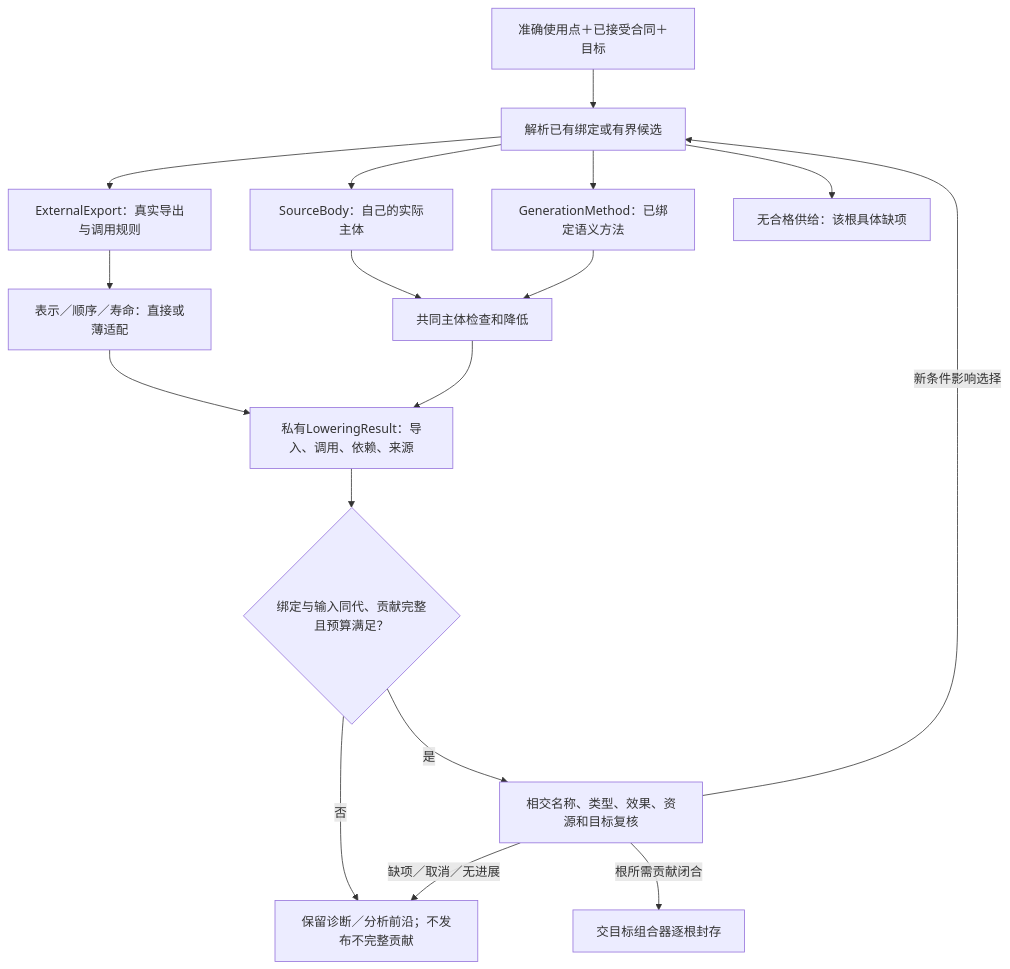
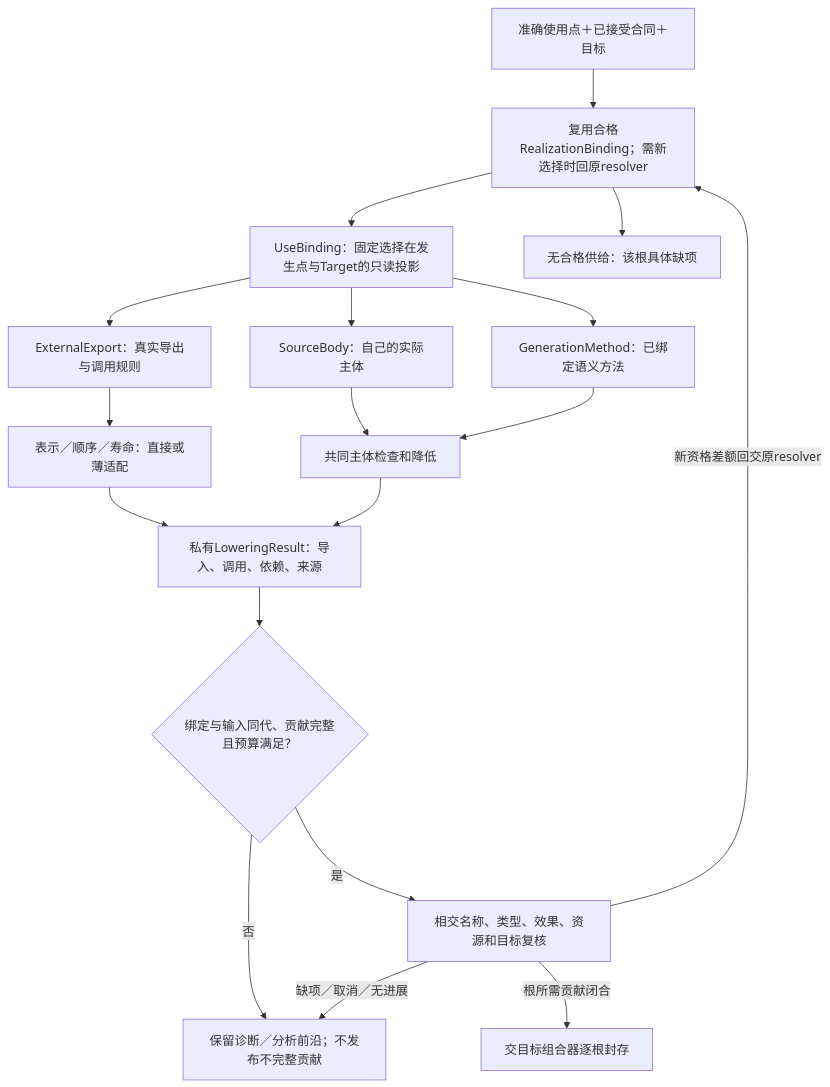
One commit to sec-platform/sec changed the first of 3 diagrams in docs/编译/内核/编译值服务.md. Above: the diagram before and after it, drawn with Mermaid. The commit also changed other lines of this file and 171 other files, not shown here.

````diff
--- a/docs/编译/内核/编译值服务.md
+++ b/docs/编译/内核/编译值服务.md
@@ -78,19 +78,20 @@
 ```mermaid
 flowchart TB
-  Use["准确使用点＋已接受合同＋目标"] --> Resolve["解析已有绑定或有界候选"]
-  Resolve --> Native["ExternalExport：真实导出与调用规则"]
-  Resolve --> Source["SourceBody：自己的实际主体"]
-  Resolve --> Method["GenerationMethod：已绑定语义方法"]
+  Use["准确使用点＋已接受合同＋目标"] --> Resolve["复用合格RealizationBinding；需新选择时回原resolver"]
+  Resolve --> View["UseBinding：固定选择在发生点与Target的只读投影"]
+  View --> Native["ExternalExport：真实导出与调用规则"]
+  View --> Source["SourceBody：自己的实际主体"]
+  View --> Method["GenerationMethod：已绑定语义方法"]
   Resolve --> Missing["无合格供给：该根具体缺项"]
   Native --> Boundary["表示／顺序／寿命：直接或薄适配"]
   Source --> Check["共同主体检查和降低"]
   Method --> Check
   Boundary --> Part["私有LoweringResult：导入、调用、依赖、来源"]
   Check --> Part
   Part --> Admit{"绑定与输入同代、贡献完整且预算满足？"}
   Admit -->|否| Stop["保留诊断／分析前沿；不发布不完整贡献"]
   Admit -->|是| Recheck["相交名称、类型、效果、资源和目标复核"]
-  Recheck -->|新条件影响选择| Resolve
+  Recheck -->|新资格差额回交原resolver| Resolve
   Recheck -->|缺项／取消／无进展| Stop
   Recheck -->|根所需贡献闭合| Compose["交目标组合器逐根封存"]
 ```
````
